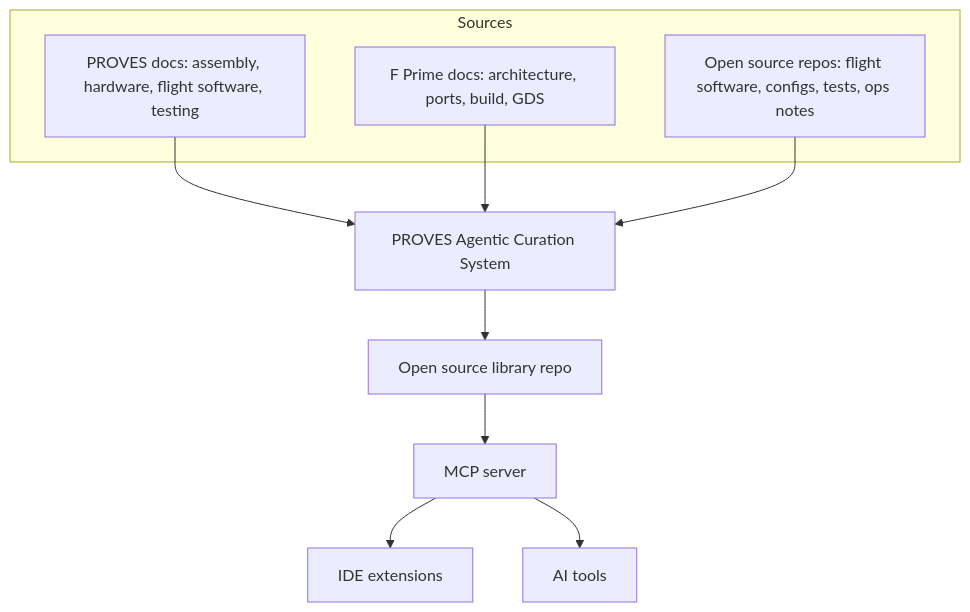
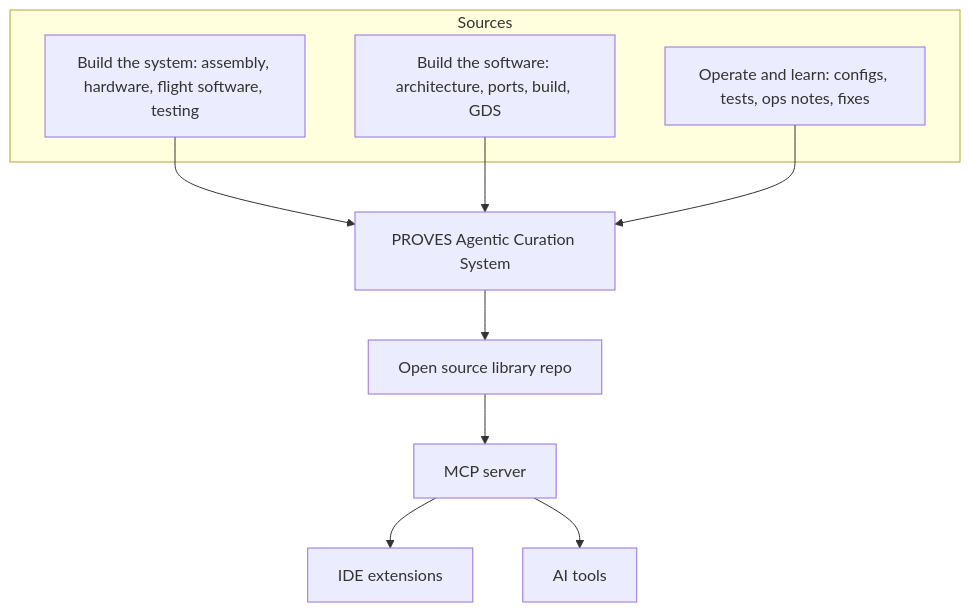
The diagram in index.md (Lizo-RoadTown/proveskit-agent), drawn with Mermaid before and after one commit. The commit also changed other lines of this file and 5 other files, not shown here.

````diff
--- a/index.md
+++ b/index.md
@@ -32,15 +32,15 @@
 ```mermaid
 graph TB
   subgraph Sources
-    ProvesDocs[PROVES docs: assembly, hardware, flight software, testing]
-    FPrimeDocs[F Prime docs: architecture, ports, build, GDS]
-    OSSRepos[Open source repos: flight software, configs, tests, ops notes]
+    ProvesDocs[Build the system: assembly, hardware, flight software, testing]
+    FPrimeDocs[Build the software: architecture, ports, build, GDS]
+    OSSRepos[Operate and learn: configs, tests, ops notes, fixes]
   end
   ProvesDocs --> Curator[PROVES Agentic Curation System]
   FPrimeDocs --> Curator
   OSSRepos --> Curator
   Curator --> Library[Open source library repo]
   Library --> MCP[MCP server]
   MCP --> IDE[IDE extensions]
   MCP --> AI[AI tools]
 ```
````
